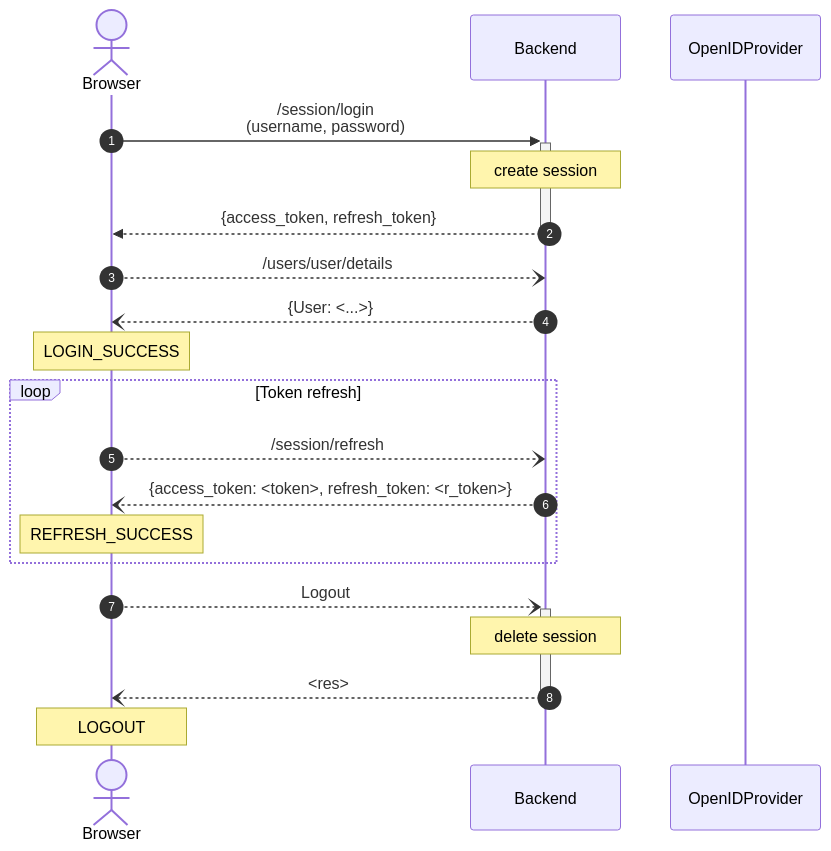
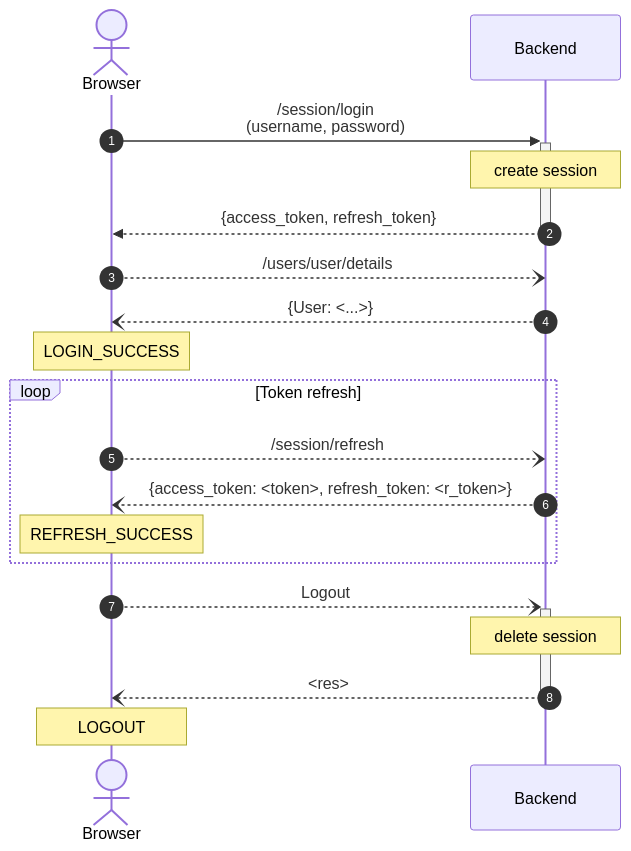
The first of 2 diagrams in docs/developer-guide/integrations/auth.md (geosolutions-it/MapStore2), drawn with Mermaid before and after one commit. The commit also changed other lines of this file and 1 other file, not shown here.

````diff
--- a/docs/developer-guide/integrations/auth.md
+++ b/docs/developer-guide/integrations/auth.md
@@ -7,22 +7,21 @@
 ```mermaid
 sequenceDiagram
     autonumber
     actor Browser
     participant Backend
-    participant OpenIDProvider
     Browser ->>+ Backend: /session/login<br />(username, password)
     Note over Backend: create session
     Backend -->>- Browser: {access_token, refresh_token}
     Browser --) Backend: /users/user/details
     Backend --) Browser:  {User: <...>}
     Note over Browser: LOGIN_SUCCESS
     loop Token refresh
         Browser --) Backend: /session/refresh
         Backend --) Browser: {access_token: <token>, refresh_token: <r_token>}
         Note over Browser: REFRESH_SUCCESS
     end
     Browser --)+ Backend: Logout
     Note over Backend: delete session
     Backend --)- Browser: <res>
     Note over Browser: LOGOUT
 ```
````
